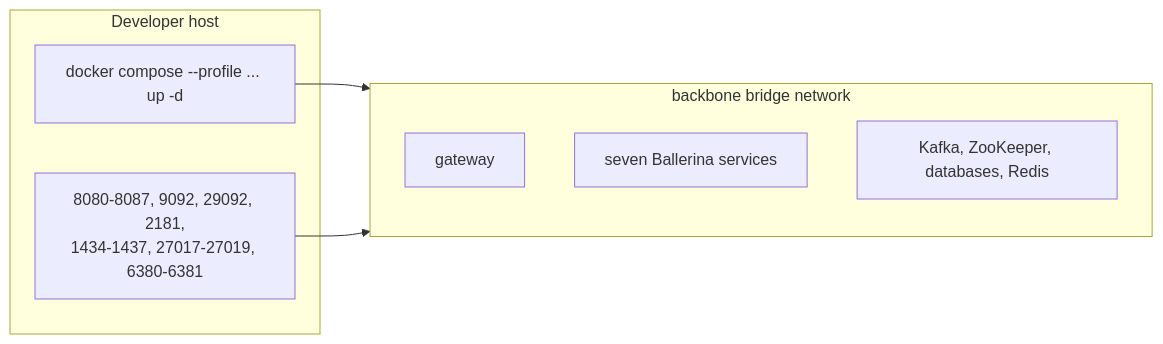
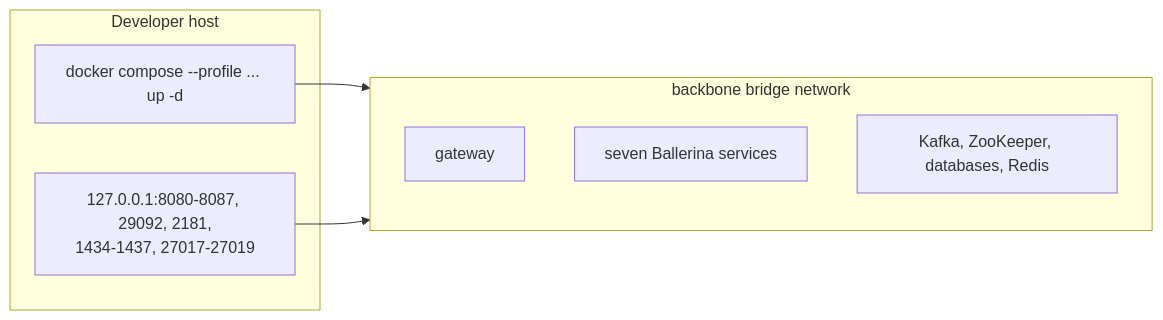
Before and after one commit to Kaptain-codes/Distributed-Systems-Applications: the fourth of 4 diagrams in Assignment-2/README.md, drawn with Mermaid. The commit also changed other lines of this file and 32 other files, not shown here.

````diff
--- a/Assignment-2/README.md
+++ b/Assignment-2/README.md
@@ -117,14 +117,14 @@
 ```mermaid
 flowchart LR
     subgraph Host[Developer host]
         Compose[docker compose --profile ... up -d]
-        Ports[8080-8087, 9092, 29092, 2181,\n1434-1437, 27017-27019, 6380-6381]
+        Ports[127.0.0.1:8080-8087, 29092, 2181,\n1434-1437, 27017-27019]
     end
     subgraph Net[backbone bridge network]
         G[ gateway ]
         S[ seven Ballerina services ]
         I[ Kafka, ZooKeeper, databases, Redis ]
     end
     Compose --> Net
     Ports --> Net
 ```
````
